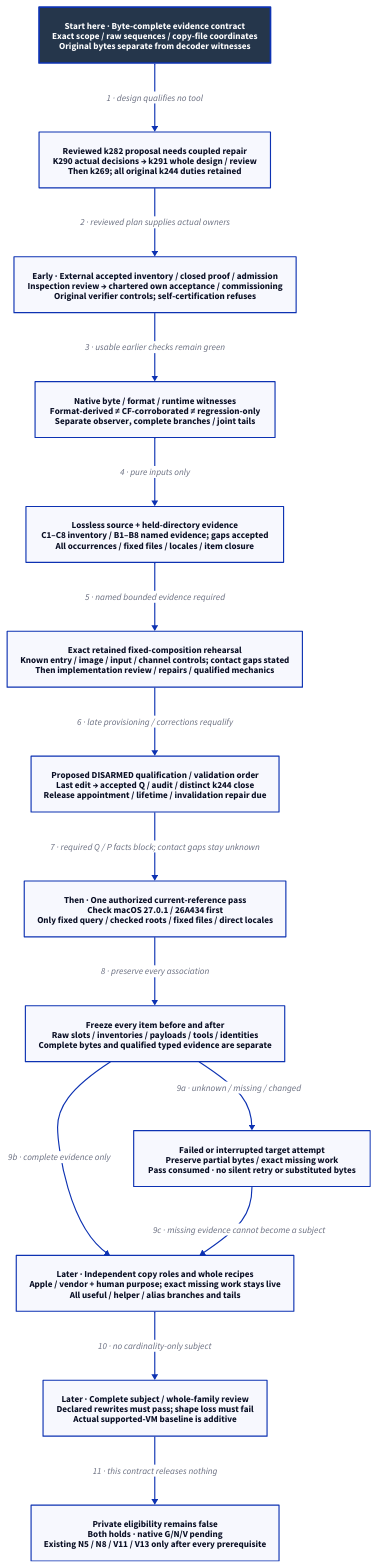
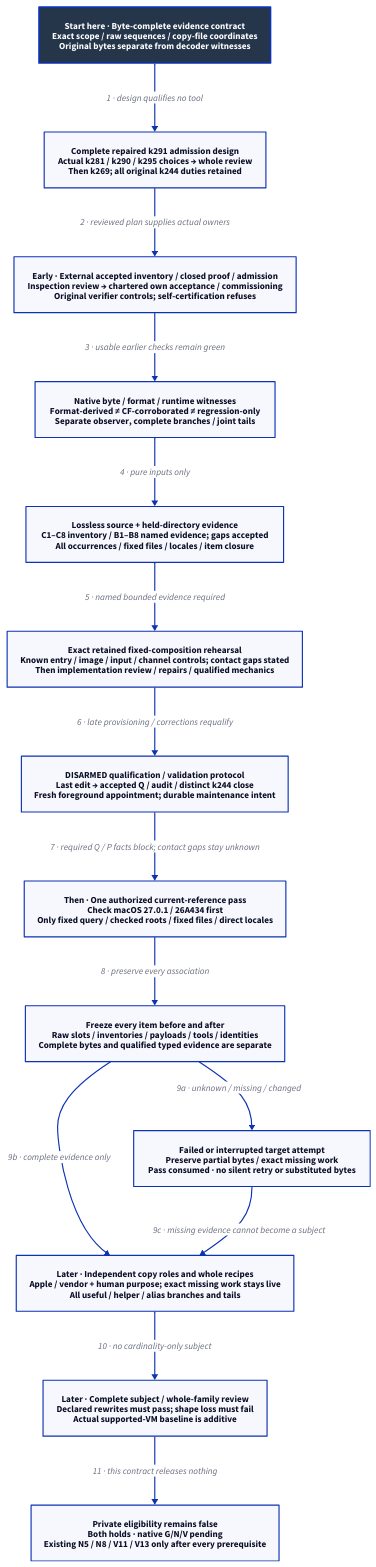
Before and after one commit to Linkuistics/Koine: the diagram in docs/design/architecture/native-reference-evidence.d2, drawn with D2. The commit also changed 21 other files, not shown here.

Commit message:
Present repaired reference admission protocol (reference-evidence-admission-presentation-k310); decompose reference-evidence-session-admission-k309

```diff
--- a/docs/design/architecture/native-reference-evidence.d2
+++ b/docs/design/architecture/native-reference-evidence.d2
@@ -1,31 +1,31 @@
 # Admission repair design; mandatory review and replanning precede unbuilt qualification.
 direction: down
 classes: {
   start: {style: {fill: "#25364B"; font-color: "#FFFFFF"; bold: true; stroke-width: 3}}
 }
 Start: "Start here · Byte-complete evidence contract\nExact scope / raw sequences / copy-file coordinates\nOriginal bytes separate from decoder witnesses" {class: start}
-Plan: "Reviewed k282 proposal needs coupled repair\nK290 actual decisions → k291 whole design / review\nThen k269; all original k244 duties retained"
+Plan: "Complete repaired k291 admission design\nActual k281 / k290 / k295 choices → whole review\nThen k269; all original k244 duties retained"
 Replay: "Early · External accepted inventory / closed proof / admission\nInspection review → chartered own acceptance / commissioning\nOriginal verifier controls; self-certification refuses"
 Decode: "Native byte / format / runtime witnesses\nFormat-derived ≠ CF-corroborated ≠ regression-only\nSeparate observer, complete branches / joint tails"
 Source: "Lossless source + held-directory evidence\nC1–C8 inventory / B1–B8 named evidence; gaps accepted\nAll occurrences / fixed files / locales / item closure"
 Pure: "Exact retained fixed-composition rehearsal\nKnown entry / image / input / channel controls; contact gaps stated\nThen implementation review / repairs / qualified mechanics"
-Authority: "Proposed DISARMED qualification / validation order\nLast edit → accepted Q / audit / distinct k244 close\nRelease appointment / lifetime / invalidation repair due"
+Authority: "DISARMED qualification / validation protocol\nLast edit → accepted Q / audit / distinct k244 close\nFresh foreground appointment; durable maintenance intent"
 Pass: "Then · One authorized current-reference pass\nCheck macOS 27.0.1 / 26A434 first\nOnly fixed query / checked roots / fixed files / direct locales"
 Closure: "Freeze every item before and after\nRaw slots / inventories / payloads / tools / identities\nComplete bytes and qualified typed evidence are separate"
 Failed: "Failed or interrupted target attempt\nPreserve partial bytes / exact missing work\nPass consumed · no silent retry or substituted bytes"
 Roles: "Later · Independent copy roles and whole recipes\nApple / vendor + human purpose; exact missing work stays live\nAll useful / helper / alias branches and tails"
 Review: "Later · Complete subject / whole-family review\nDeclared rewrites must pass; shape loss must fail\nActual supported-VM baseline is additive"
 Hold: "Private eligibility remains false\nBoth holds · native G/N/V pending\nExisting N5 / N8 / V11 / V13 only after every prerequisite"
 Start -> Plan: "1 · design qualifies no tool"
 Plan -> Replay: "2 · reviewed plan supplies actual owners"
 Replay -> Decode: "3 · usable earlier checks remain green"
 Decode -> Source: "4 · pure inputs only"
 Source -> Pure: "5 · named bounded evidence required"
 Pure -> Authority: "6 · late provisioning / corrections requalify"
 Authority -> Pass: "7 · required Q / P facts block; contact gaps stay unknown"
 Pass -> Closure: "8 · preserve every association"
 Closure -> Failed: "9a · unknown / missing / changed"
 Closure -> Roles: "9b · complete evidence only"
 Failed -> Roles: "9c · missing evidence cannot become a subject"
 Roles -> Review: "10 · no cardinality-only subject"
 Review -> Hold: "11 · this contract releases nothing"
```
